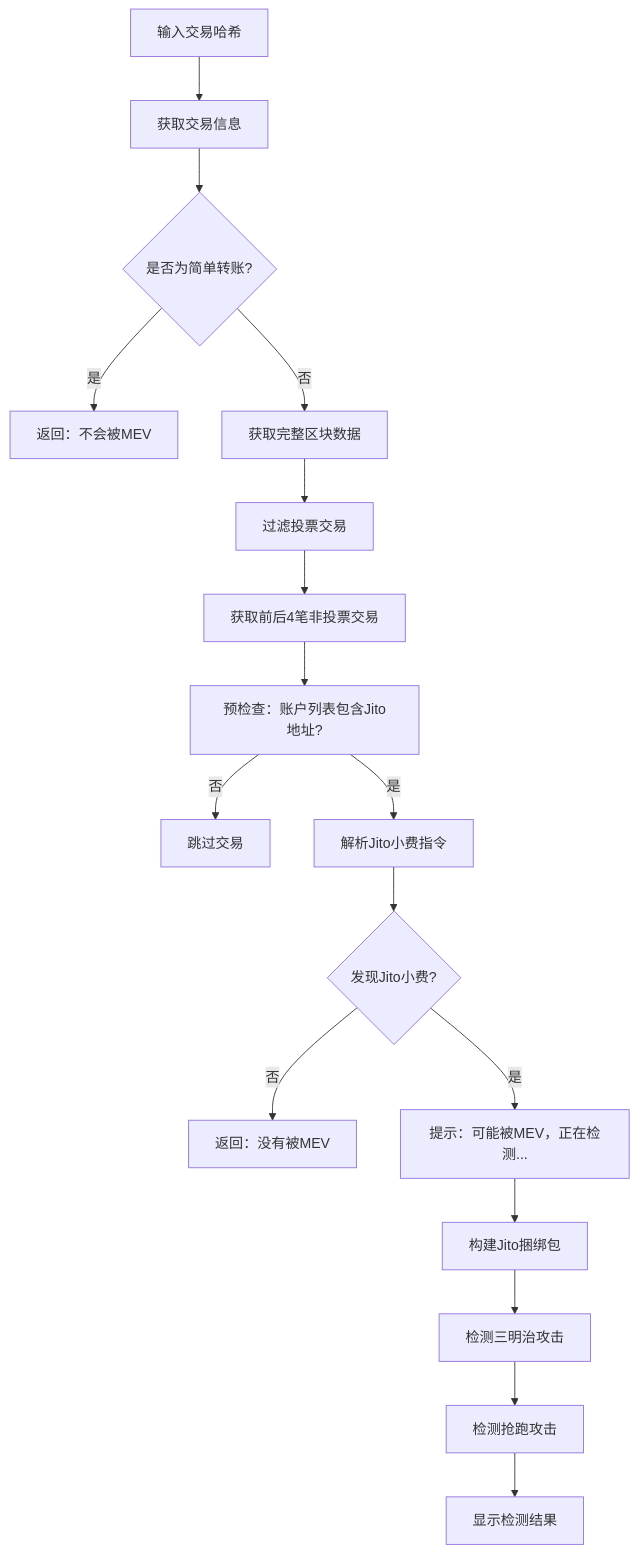
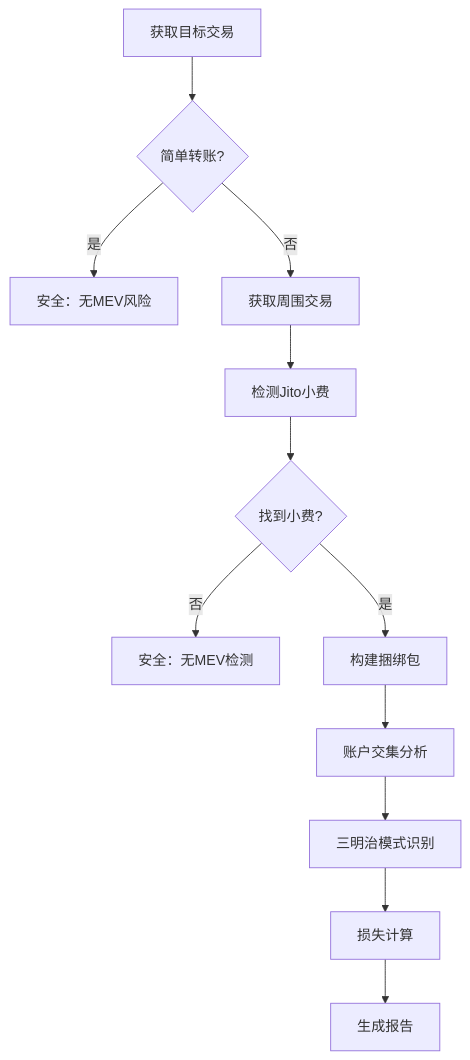
The diagram in README.md (Tao-2022/solana-jito-mev-detector), drawn with Mermaid before and after one commit. The commit also changed other lines of this file and 3 other files, not shown here.

````diff
--- a/README.md
+++ b/README.md
@@ -99,19 +202,14 @@
 ```mermaid
 graph TD
-    A[输入交易哈希] --> B[获取交易信息]
-    B --> C{是否为简单转账?}
-    C -->|是| D[返回：不会被MEV]
-    C -->|否| E[获取完整区块数据]
-    E --> F[过滤投票交易]
-    F --> G[获取前后4笔非投票交易]
-    G --> H[预检查：账户列表包含Jito地址?]
-    H -->|否| I[跳过交易]
-    H -->|是| J[解析Jito小费指令]
-    J --> K{发现Jito小费?}
-    K -->|否| L[返回：没有被MEV]
-    K -->|是| M[提示：可能被MEV，正在检测...]
-    M --> N[构建Jito捆绑包]
-    N --> O[检测三明治攻击]
-    O --> P[检测抢跑攻击]
-    P --> Q[显示检测结果]
+    A[获取目标交易] --> B{简单转账?}
+    B -->|是| C[安全：无MEV风险]
+    B -->|否| D[获取周围交易]
+    D --> E[检测Jito小费]
+    E --> F{找到小费?}
+    F -->|否| G[安全：无MEV检测]
+    F -->|是| H[构建捆绑包]
+    H --> I[账户交集分析]
+    I --> J[三明治模式识别]
+    J --> K[损失计算]
+    K --> L[生成报告]
 ```
````
